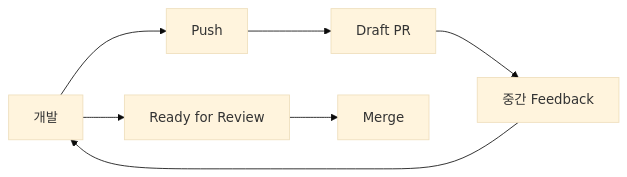
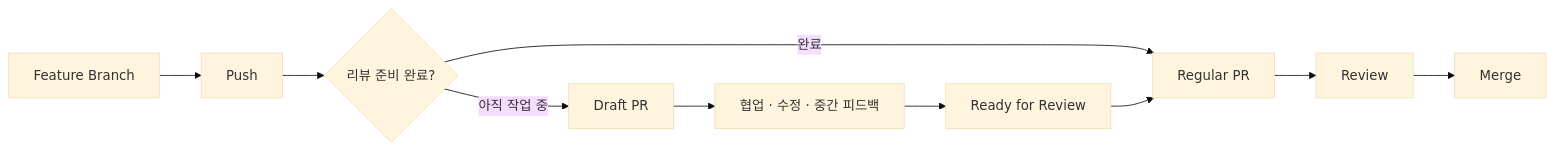
One commit to linjingzhu/tech-jeongsu changed the first of 2 diagrams in content/git/07-collaboration-pr.md. Above: the diagram before and after it, drawn with Mermaid (base theme). The commit also changed other lines of this file, not shown here.

````diff
--- a/content/git/07-collaboration-pr.md
+++ b/content/git/07-collaboration-pr.md
@@ -71,9 +22,12 @@
-```mermaid
+~~~mermaid
 flowchart LR
-    D[개발] --> P[Push]
-    P --> R[Draft PR]
-    R --> F[중간 Feedback]
-    F --> D
-    D --> RR[Ready for Review]
-    RR --> M[Merge]
-```
+    A[Feature Branch] --> B[Push]
+    B --> C{리뷰 준비 완료?}
+    C -->|아직 작업 중| D[Draft PR]
+    C -->|완료| E[Regular PR]
+    D --> F[협업 · 수정 · 중간 피드백]
+    F --> G[Ready for Review]
+    G --> E
+    E --> H[Review]
+    H --> I[Merge]
+~~~
````
